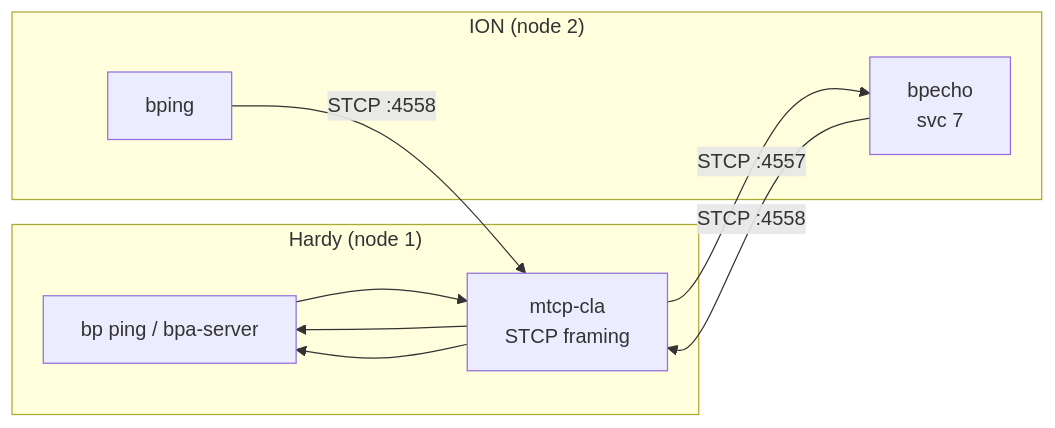
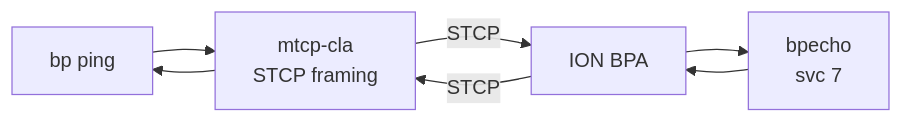
The first of 2 diagrams in tests/interop/ION/README.md (ricktaylor/hardy), drawn with Mermaid before and after one commit. The commit also changed other lines of this file and 4 other files, not shown here.

Commit message:
Update diagrams for clarity

````diff
--- a/tests/interop/ION/README.md
+++ b/tests/interop/ION/README.md
@@ -30,20 +32,9 @@
 ```mermaid
 flowchart LR
-    subgraph Hardy ["Hardy (node 1)"]
-        BP["bp ping / bpa-server"]
-        CLA["mtcp-cla<br/>STCP framing"]
-    end
-
-    subgraph ION ["ION (node 2)"]
-        ECHO["bpecho<br/>svc 7"]
-        BPING["bping"]
-    end
-
-    BP --> CLA
-    CLA -- "STCP :4557" --> ECHO
-    ECHO -- "STCP :4558" --> CLA
-    CLA --> BP
-
-    BPING -- "STCP :4558" --> CLA
+    BP["bp ping"] --> CLA["mtcp-cla<br/>STCP framing"]
+    CLA -- "STCP" --> ION["ION BPA"]
+    ION --> ECHO["bpecho<br/>svc 7"]
+    ECHO --> ION
+    ION -- "STCP" --> CLA
     CLA --> BP
 ```
````
